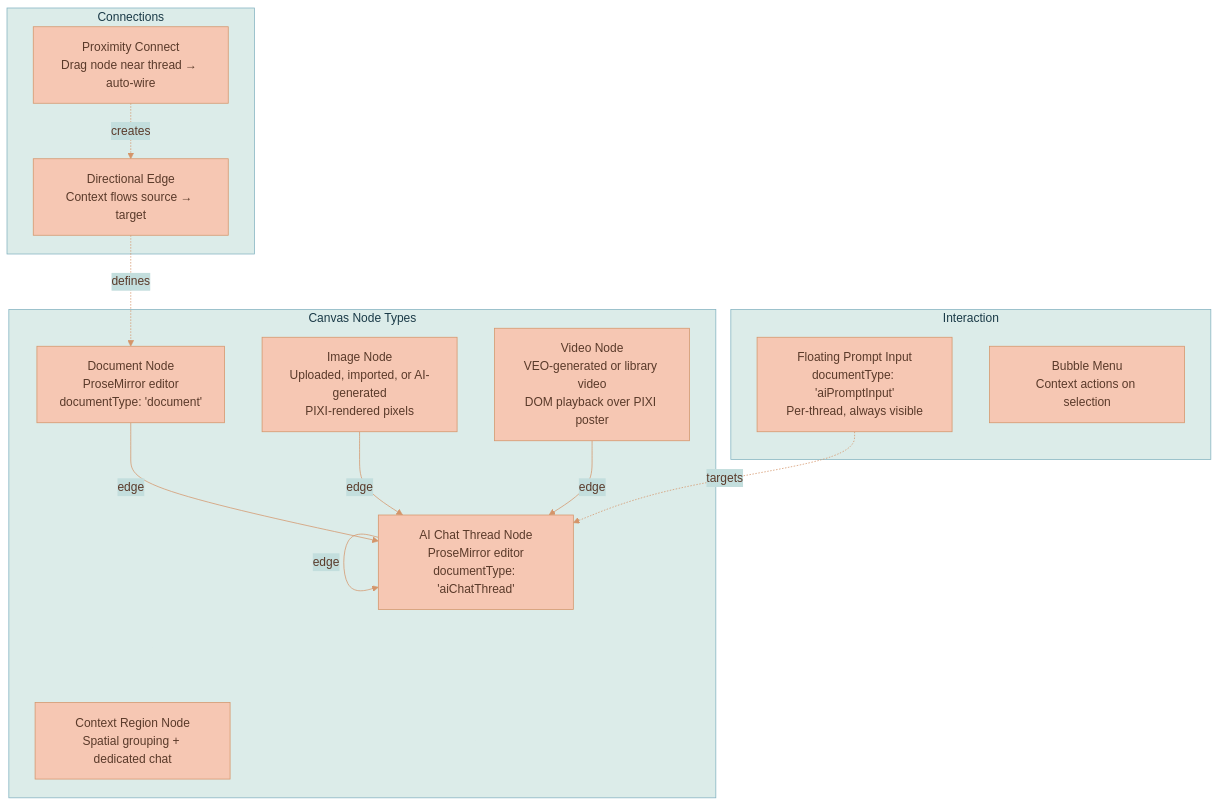
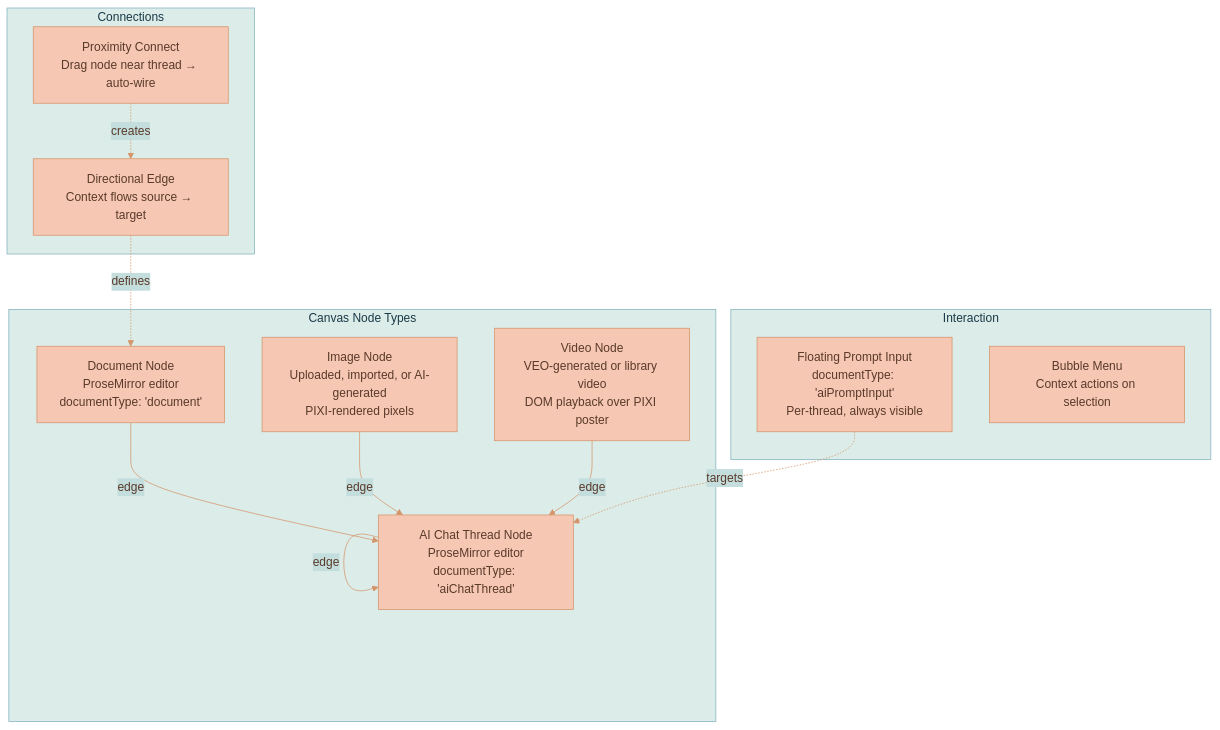
The first of 7 diagrams in documentation/PRODUCT-OVERVIEW.md (Lixpi/lixpi), drawn with Mermaid before and after one commit. The commit also changed other lines of this file and 50 other files, not shown here.

````diff
--- a/documentation/PRODUCT-OVERVIEW.md
+++ b/documentation/PRODUCT-OVERVIEW.md
@@ -23,29 +23,28 @@
 ```mermaid
 %%{init: {'theme': 'base', 'themeVariables': { 'primaryColor': '#F6C7B3', 'primaryTextColor': '#5a3a2a', 'primaryBorderColor': '#d4956a', 'secondaryColor': '#C3DEDD', 'secondaryTextColor': '#1a3a47', 'secondaryBorderColor': '#4a8a9d', 'tertiaryColor': '#DCECE9', 'tertiaryTextColor': '#1a3a47', 'tertiaryBorderColor': '#82B2C0', 'lineColor': '#d4956a', 'textColor': '#5a3a2a'}}}%%
 graph TB
     subgraph "Canvas Node Types"
         Doc[Document Node<br/>ProseMirror editor<br/>documentType: 'document']
         Img[Image Node<br/>Uploaded, imported, or AI-generated<br/>PIXI-rendered pixels]
         Vid[Video Node<br/>VEO-generated or library video<br/>DOM playback over PIXI poster]
         Thread[AI Chat Thread Node<br/>ProseMirror editor<br/>documentType: 'aiChatThread']
-        Region[Context Region Node<br/>Spatial grouping + dedicated chat]
     end
 
     subgraph "Connections"
         Edge[Directional Edge<br/>Context flows source → target]
         Prox[Proximity Connect<br/>Drag node near thread → auto-wire]
     end
 
     subgraph "Interaction"
         Float[Floating Prompt Input<br/>documentType: 'aiPromptInput'<br/>Per-thread, always visible]
         Bubble[Bubble Menu<br/>Context actions on selection]
     end
 
     Doc -->|edge| Thread
     Img -->|edge| Thread
     Vid -->|edge| Thread
     Thread -->|edge| Thread
     Edge -.->|defines| Doc
     Prox -.->|creates| Edge
     Float -.->|targets| Thread
 ```
````
